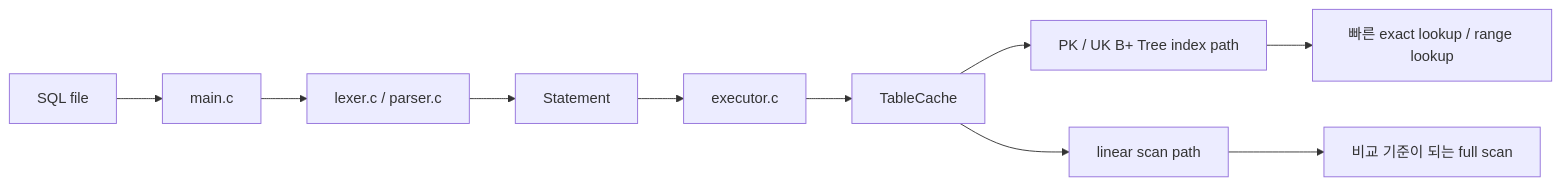
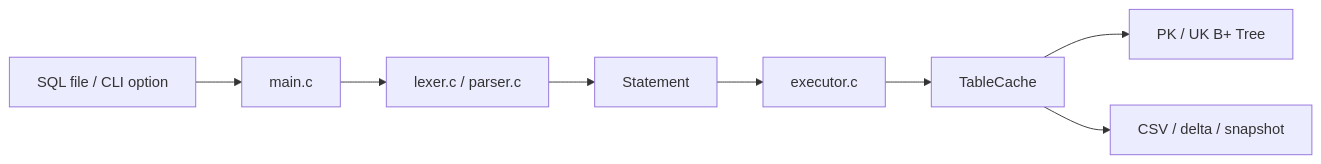
One commit to Wish-Upon-A-Star/SQL-B-Tree changed the diagram in README.md. Above: the diagram before and after it, drawn with Mermaid. The commit also changed other lines of this file, not shown here.

````diff
--- a/README.md
+++ b/README.md
@@ -14,12 +71,10 @@
 ```mermaid
 flowchart LR
-    A["SQL file"] --> B["main.c"]
+    A["SQL file / CLI option"] --> B["main.c"]
     B --> C["lexer.c / parser.c"]
     C --> D["Statement"]
     D --> E["executor.c"]
     E --> F["TableCache"]
-    F --> G["PK / UK B+ Tree index path"]
-    F --> H["linear scan path"]
-    G --> I["빠른 exact lookup / range lookup"]
-    H --> J["비교 기준이 되는 full scan"]
+    F --> G["PK / UK B+ Tree"]
+    F --> H["CSV / delta / snapshot"]
 ```
````
